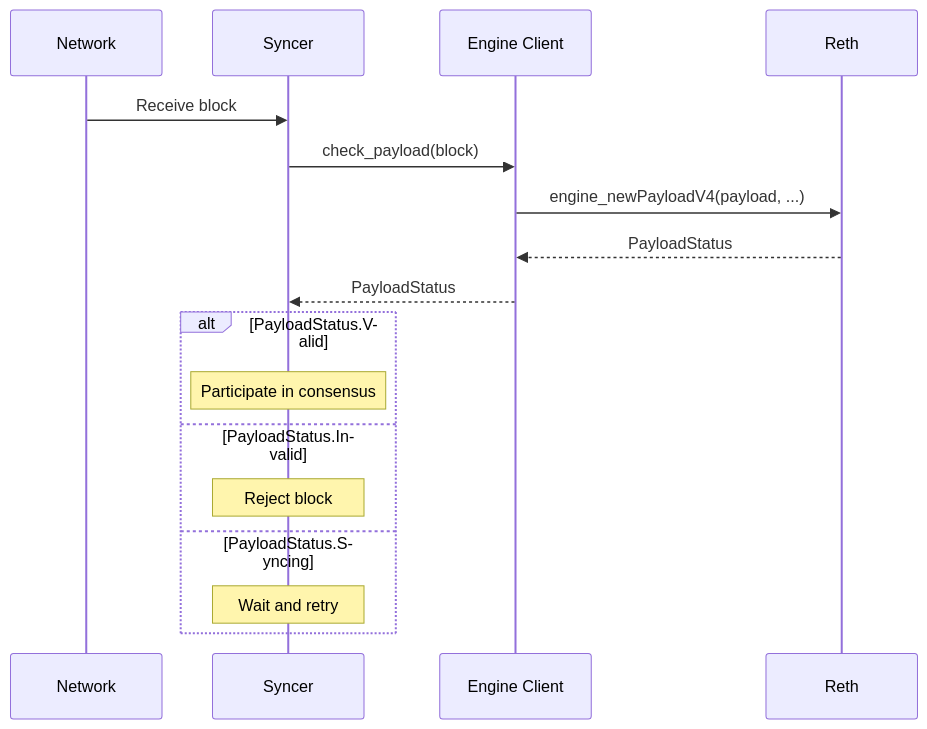
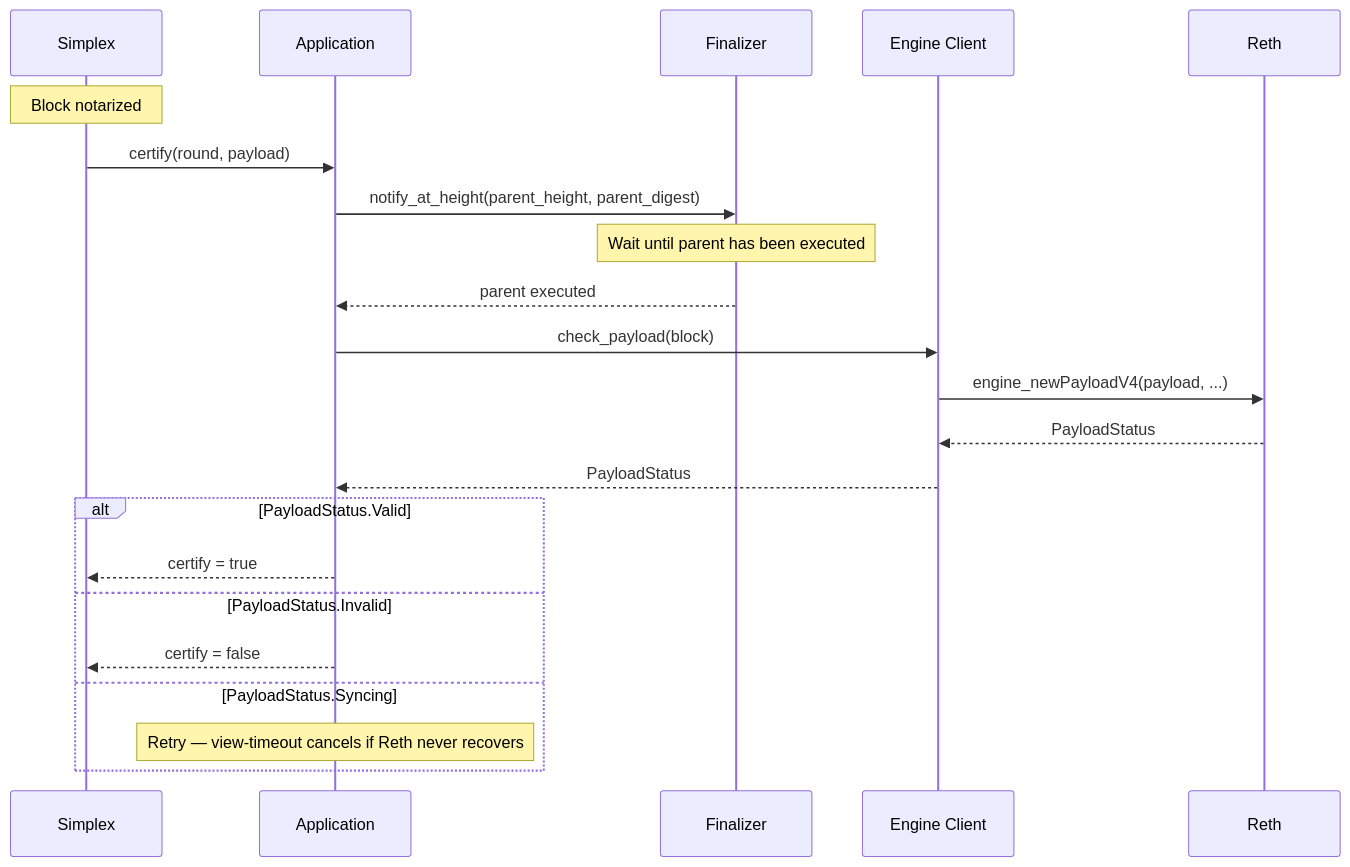
Before and after one commit to SeismicSystems/summit: the second of 3 diagrams in docs/engine-api-integration.md, drawn with Mermaid. The commit also changed other lines of this file and 8 other files, not shown here.

First line of the commit message:
feat: check/execute EL payload on certify (#167)

````diff
--- a/docs/engine-api-integration.md
+++ b/docs/engine-api-integration.md
@@ -112,21 +118,26 @@
 ```mermaid
 sequenceDiagram
-    participant N as Network
-    participant S as Syncer
+    participant Sx as Simplex
+    participant A as Application
+    participant F as Finalizer
     participant E as Engine Client
     participant R as Reth
 
-    N->>S: Receive block
-    S->>E: check_payload(block)
+    Note over Sx: Block notarized
+    Sx->>A: certify(round, payload)
+    A->>F: notify_at_height(parent_height, parent_digest)
+    Note over F: Wait until parent has been executed
+    F-->>A: parent executed
+    A->>E: check_payload(block)
     E->>R: engine_newPayloadV4(payload, ...)
     R-->>E: PayloadStatus
-    E-->>S: PayloadStatus
+    E-->>A: PayloadStatus
 
     alt PayloadStatus.Valid
-        Note over S: Participate in consensus
+        A-->>Sx: certify = true
     else PayloadStatus.Invalid
-        Note over S: Reject block
+        A-->>Sx: certify = false
     else PayloadStatus.Syncing
-        Note over S: Wait and retry
+        Note over A: Retry — view-timeout cancels if Reth never recovers
     end
 ```
````
